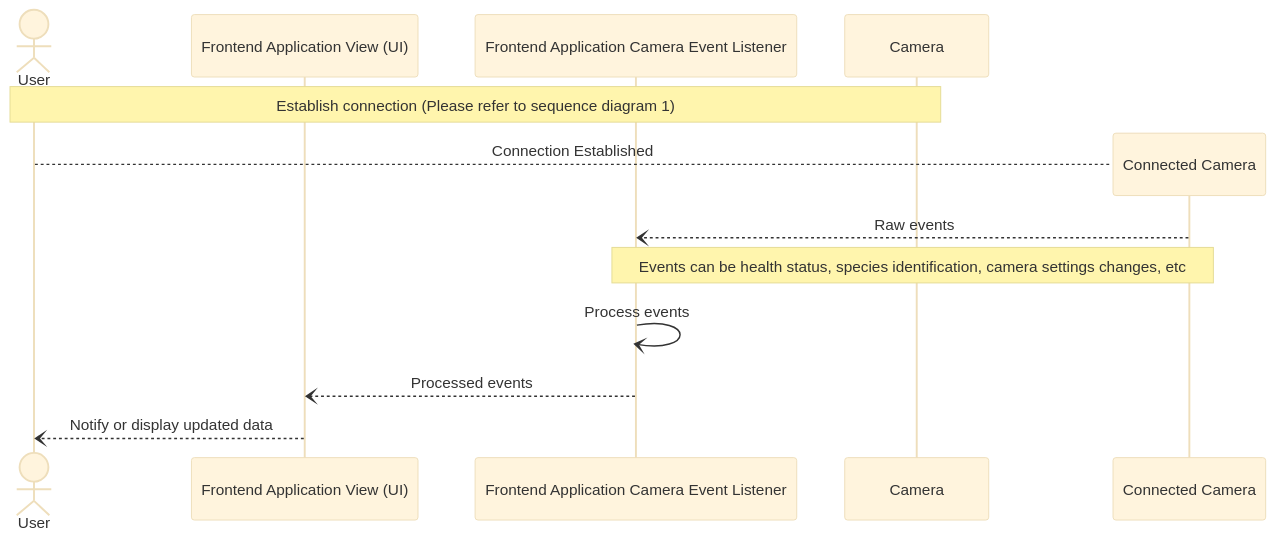
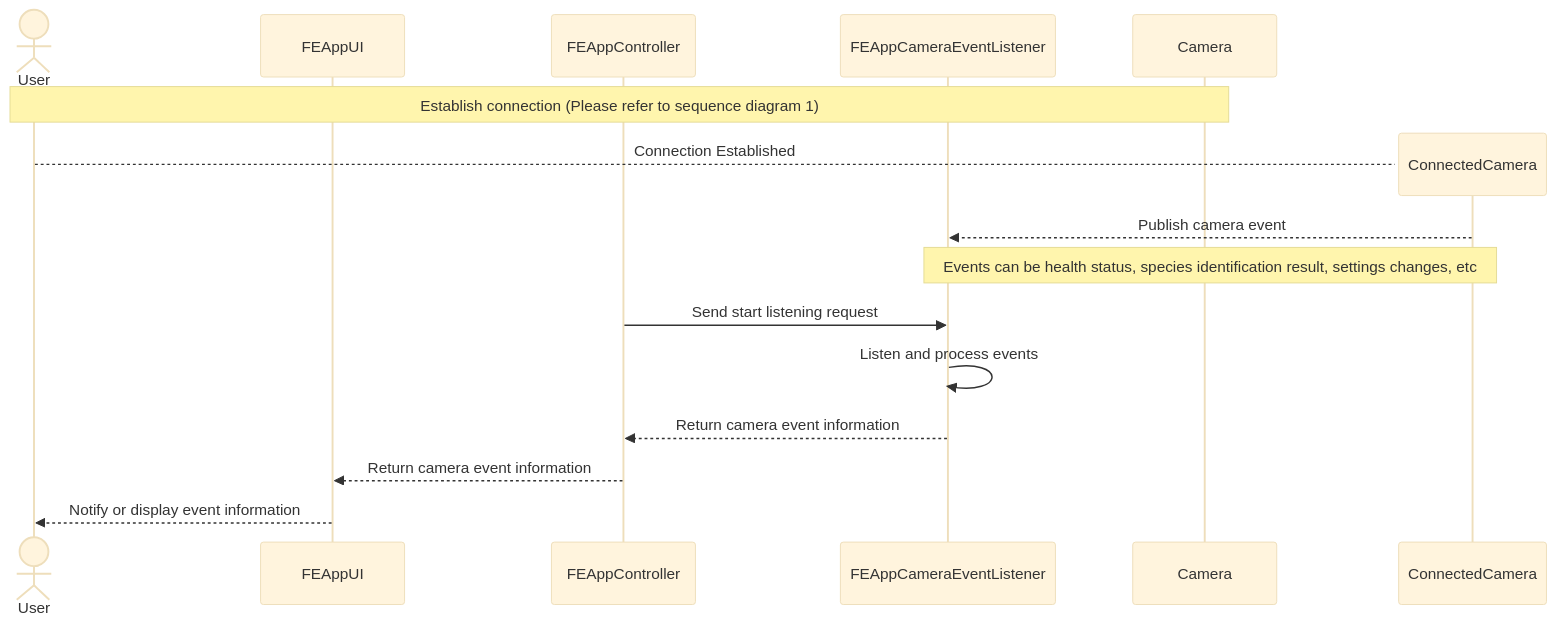
The fifth of 9 diagrams in sequence_diagrams.md (katocado/architectural-kata-fall-2023), drawn with Mermaid (base theme) before and after one commit. The commit also changed other lines of this file, not shown here.

Commit message:
update sequence diagrams

````diff
--- a/sequence_diagrams.md
+++ b/sequence_diagrams.md
@@ -153,22 +200,27 @@
 ```mermaid
 sequenceDiagram
 
     actor User
-    participant FEView As Frontend Application View (UI)
-    participant FECameraEventListener As Frontend Application Camera Event Listener
+    participant FEAppUI
+    participant FEAppController
+    participant FEAppCameraEventListener
     participant Camera
 
     Note over User,Camera: Establish connection (Please refer to sequence diagram 1)
-    create participant ConnectedCamera As Connected Camera
+    create participant ConnectedCamera
     User-->ConnectedCamera: Connection Established
 
-    ConnectedCamera--)FECameraEventListener: Raw events
-    Note over ConnectedCamera,FECameraEventListener: Events can be health status, species identification, camera settings changes, etc 
+    ConnectedCamera-->>FEAppCameraEventListener: Publish camera event
+    Note over ConnectedCamera,FEAppCameraEventListener: Events can be health status, species identification result, settings changes, etc 
 
-    FECameraEventListener-)FECameraEventListener: Process events
+    FEAppController->>FEAppCameraEventListener: Send start listening request
 
-    FECameraEventListener--)FEView: Processed events
+    FEAppCameraEventListener->>FEAppCameraEventListener: Listen and process events
 
-    FEView--)User: Notify or display updated data
+    FEAppCameraEventListener-->>FEAppController: Return camera event information
+
+    FEAppController-->>FEAppUI: Return camera event information
+
+    FEAppUI-->>User: Notify or display event information
 
 ```
````
